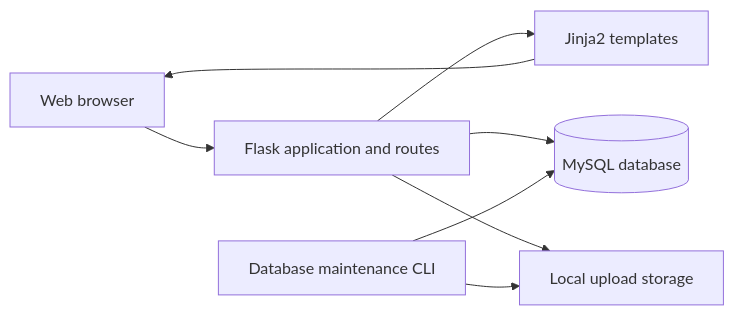
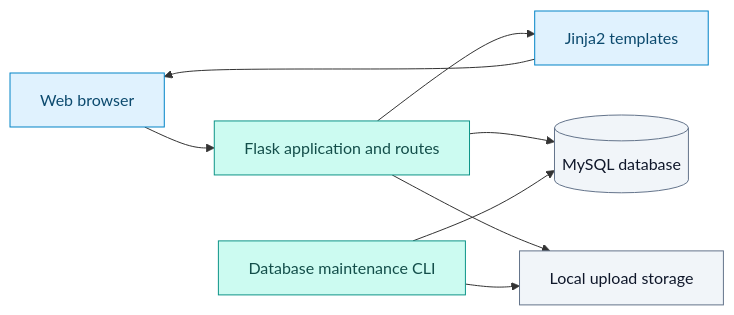
The diagram in README.md (Nano963-p/code_share), drawn with Mermaid before and after one commit. The commit also changed other lines of this file and 1 other file, not shown here.

````diff
--- a/README.md
+++ b/README.md
@@ -73,10 +97,16 @@
 ```mermaid
 flowchart LR
     Browser[Web browser] --> Flask[Flask application and routes]
     Flask --> Templates[Jinja2 templates]
     Templates --> Browser
     Flask --> Database[(MySQL database)]
     Flask --> Storage[Local upload storage]
     Maintenance[Database maintenance CLI] --> Database
     Maintenance --> Storage
+    classDef interface fill:#e0f2fe,stroke:#0284c7,color:#0c4a6e
+    classDef application fill:#ccfbf1,stroke:#0d9488,color:#134e4a
+    classDef persistence fill:#f1f5f9,stroke:#64748b,color:#0f172a
+    class Browser,Templates interface
+    class Flask,Maintenance application
+    class Database,Storage persistence
 ```
````
